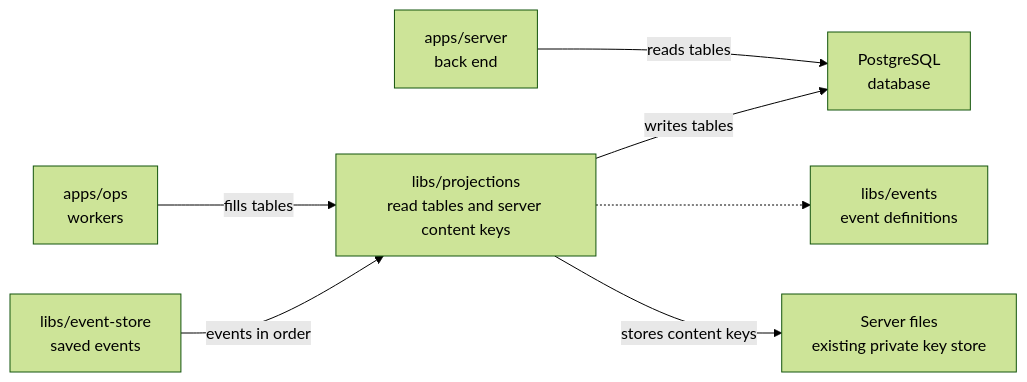
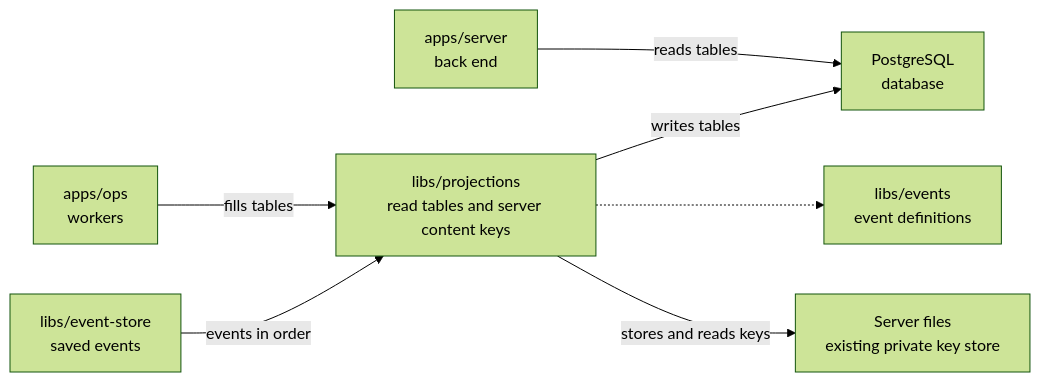
Before and after one commit to elewa-git/opencrane-new: the diagram in libs/projections/README.md, drawn with Mermaid (forest theme). The commit also changed other lines of this file and 12 other files, not shown here.

````diff
--- a/libs/projections/README.md
+++ b/libs/projections/README.md
@@ -23,9 +23,9 @@
 ```mermaid
 flowchart LR
   ops["apps/ops<br/>workers"] -->|fills tables| projections["libs/projections<br/>read tables and server content keys"]
   server["apps/server<br/>back end"] -->|reads tables| pg["PostgreSQL<br/>database"]
   projections -->|writes tables| pg
   store["libs/event-store<br/>saved events"] -->|events in order| projections
   projections -.-> events["libs/events<br/>event definitions"]
-  projections -->|stores content keys| keys["Server files<br/>existing private key store"]
+  projections -->|stores and reads keys| keys["Server files<br/>existing private key store"]
 ```
````
